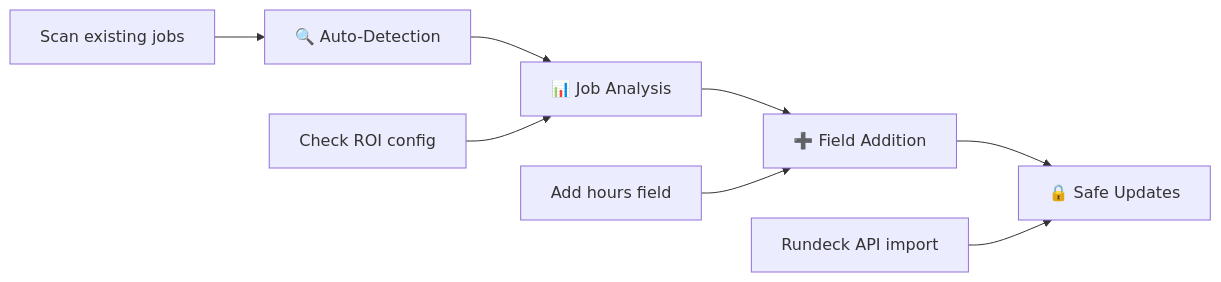
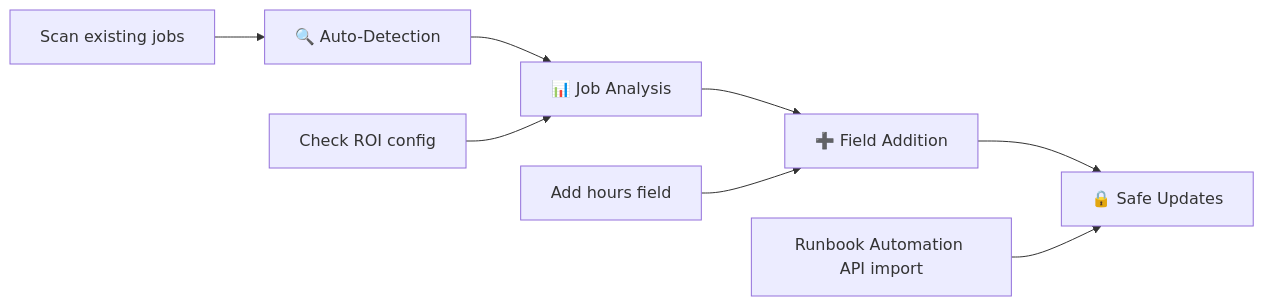
Before and after one commit to justynroberts/runbook-automation-set-roi: the diagram in README.md, drawn with Mermaid. The commit also changed other lines of this file and 1 other file, not shown here.

````diff
--- a/README.md
+++ b/README.md
@@ -275,11 +277,11 @@
 ```mermaid
 graph LR
     A[🔍 Auto-Detection] --> B[📊 Job Analysis]
     B --> C[➕ Field Addition]
     C --> D[🔒 Safe Updates]
     
     A1[Scan existing jobs] --> A
     B1[Check ROI config] --> B
     C1[Add hours field] --> C
-    D1[Rundeck API import] --> D
+    D1[Runbook Automation API import] --> D
 ```
````
